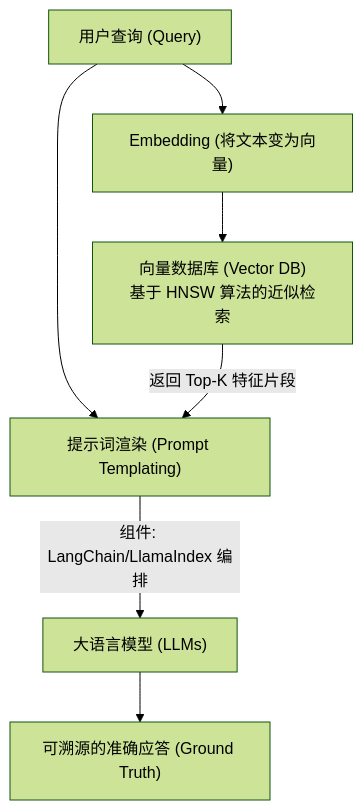
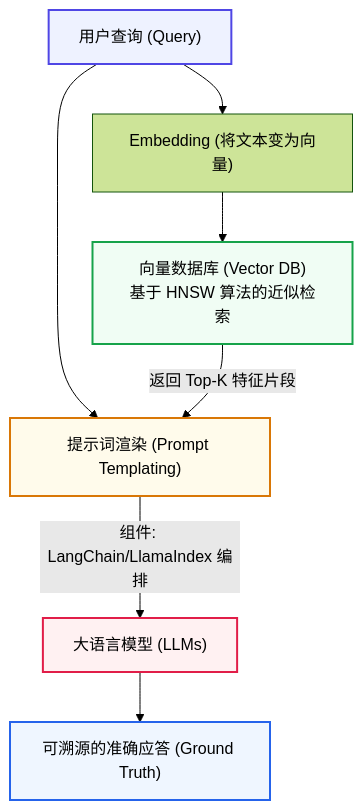
The seventh of 15 diagrams in doc/AI_Knowledge_Roadmap.md (wangchong2023/lang-chain-graph), drawn with Mermaid (forest theme) before and after one commit. The commit also changed other lines of this file, not shown here.

Commit message:
docs: update AI knowledge roadmap with new learning milestones

````diff
--- a/doc/AI_Knowledge_Roadmap.md
+++ b/doc/AI_Knowledge_Roadmap.md
@@ -363,9 +368,16 @@
    ```mermaid
    graph TD
        Q["用户查询 (Query)"] --> Embed["Embedding (将文本变为向量)"]
        Embed --> R["向量数据库 (Vector DB)<br>基于 HNSW 算法的近似检索"]
        Q --> P["提示词渲染 (Prompt Templating)"]
        R -- "返回 Top-K 特征片段" --> P
        P -- "组件: LangChain/LlamaIndex 编排" --> L["大语言模型 (LLMs)"]
        L --> A["可溯源的准确应答 (Ground Truth)"]
+
+    %% 样式美化
+    style Q fill:#eef2ff,stroke:#4f46e5,stroke-width:2px
+    style R fill:#f0fdf4,stroke:#16a34a,stroke-width:2px
+    style P fill:#fffbeb,stroke:#d97706,stroke-width:2px
+    style L fill:#fff1f2,stroke:#e11d48,stroke-width:2px
+    style A fill:#eff6ff,stroke:#2563eb,stroke-width:2px
    ```
````
